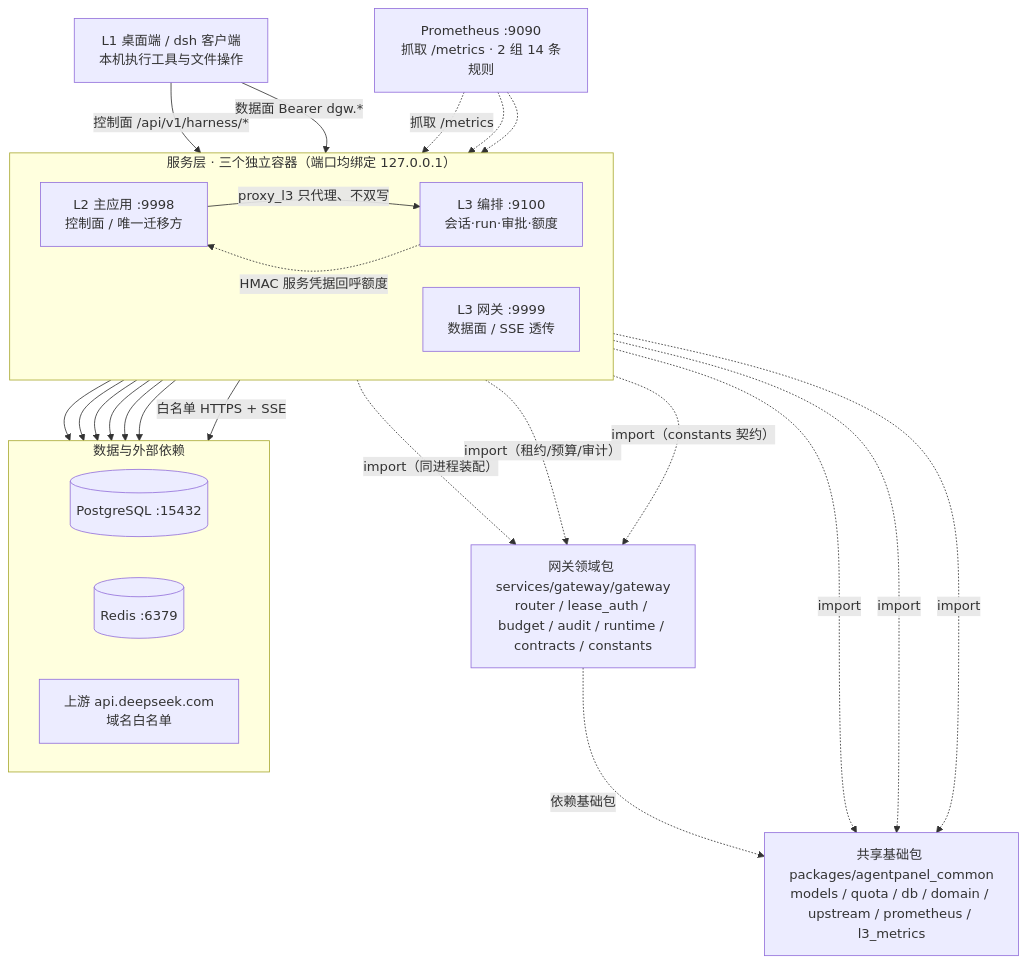
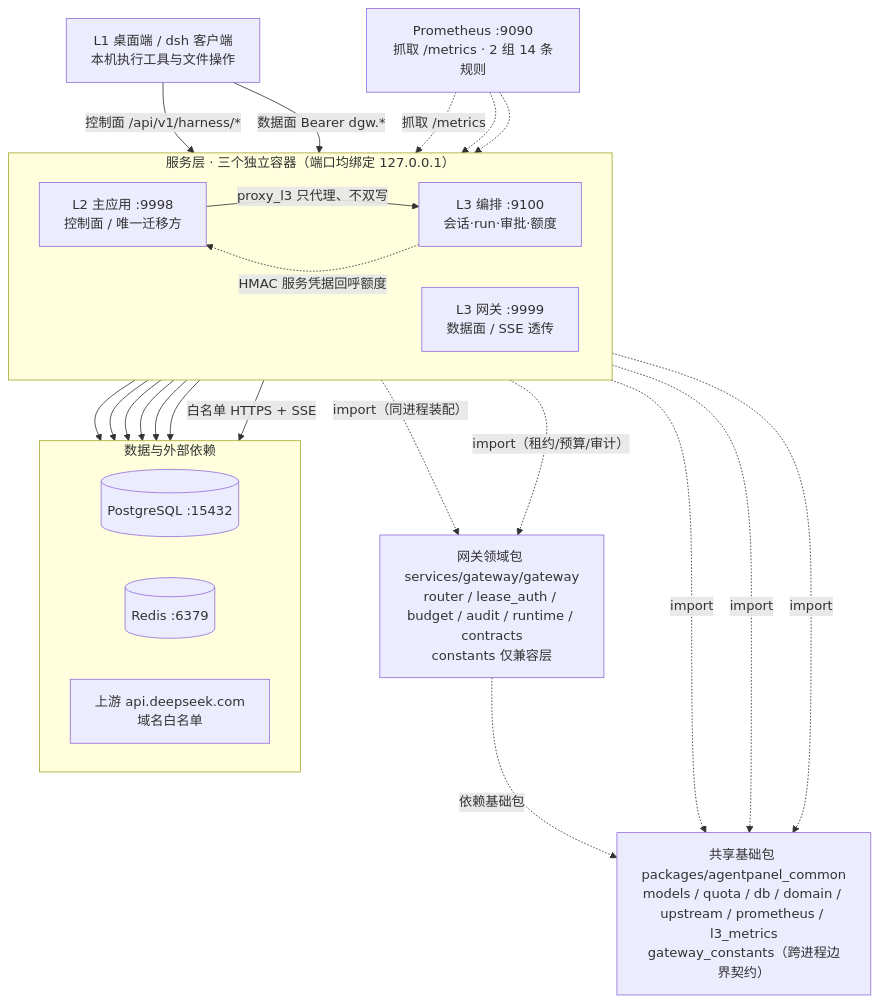
The first of 3 diagrams in reports/architecture/as-built-architecture-2026-11-09.md (tec-more/agentpanel), drawn with Mermaid before and after one commit. The commit also changed other lines of this file and 15 other files, not shown here.

````diff
--- a/reports/architecture/as-built-architecture-2026-11-09.md
+++ b/reports/architecture/as-built-architecture-2026-11-09.md
@@ -23,41 +23,40 @@
 ```mermaid
 flowchart TB
   C["L1 桌面端 / dsh 客户端<br/>本机执行工具与文件操作"]
   subgraph SVC["服务层 · 三个独立容器（端口均绑定 127.0.0.1）"]
     direction LR
     L2["L2 主应用 :9998<br/>控制面 / 唯一迁移方"]
     GW["L3 网关 :9999<br/>数据面 / SSE 透传"]
     OR["L3 编排 :9100<br/>会话·run·审批·额度"]
   end
-  CM["共享基础包 packages/agentpanel_common<br/>models / quota / db / domain / upstream / prometheus / l3_metrics"]
-  GWD["网关领域包 services/gateway/gateway<br/>router / lease_auth / budget / audit / runtime / contracts / constants"]
+  CM["共享基础包 packages/agentpanel_common<br/>models / quota / db / domain / upstream / prometheus / l3_metrics<br/>gateway_constants（跨进程边界契约）"]
+  GWD["网关领域包 services/gateway/gateway<br/>router / lease_auth / budget / audit / runtime / contracts<br/>constants 仅兼容层"]
   subgraph ST["数据与外部依赖"]
     direction LR
     PG[("PostgreSQL :15432")]
     RD[("Redis :6379")]
     EXT["上游 api.deepseek.com<br/>域名白名单"]
   end
   PM["Prometheus :9090<br/>抓取 /metrics · 2 组 14 条规则"]
 
   C -->|"控制面 /api/v1/harness/*"| L2
   C -->|"数据面 Bearer dgw.*"| GW
   L2 -->|"proxy_l3 只代理、不双写"| OR
   OR -.->|"HMAC 服务凭据回呼额度"| L2
   L2 -.->|import| CM
   GW -.->|import| CM
   OR -.->|import| CM
   GW -.->|"import（同进程装配）"| GWD
   L2 -.->|"import（租约/预算/审计）"| GWD
-  OR -.->|"import（constants 契约）"| GWD
   GWD -.->|"依赖基础包"| CM
   L2 --> PG
   L2 --> RD
   OR --> PG
   OR --> RD
   GW --> PG
   GW --> RD
   GW -->|"白名单 HTTPS + SSE"| EXT
   PM -.->|"抓取 /metrics"| L2
   PM -.-> GW
   PM -.-> OR
 ```
````
